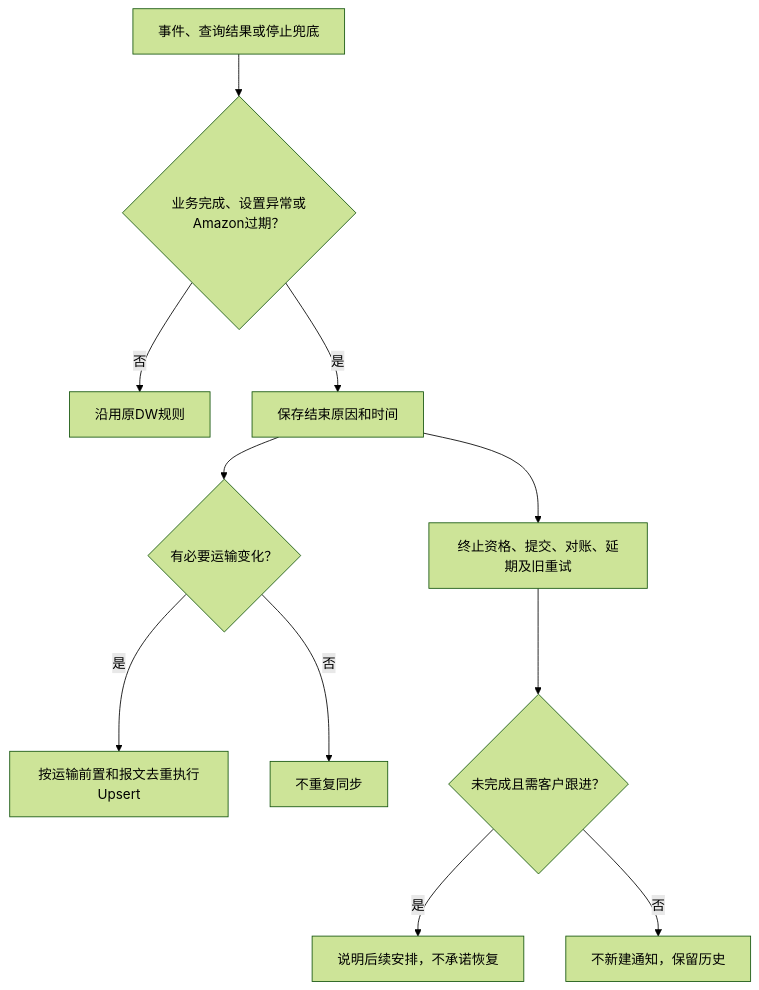
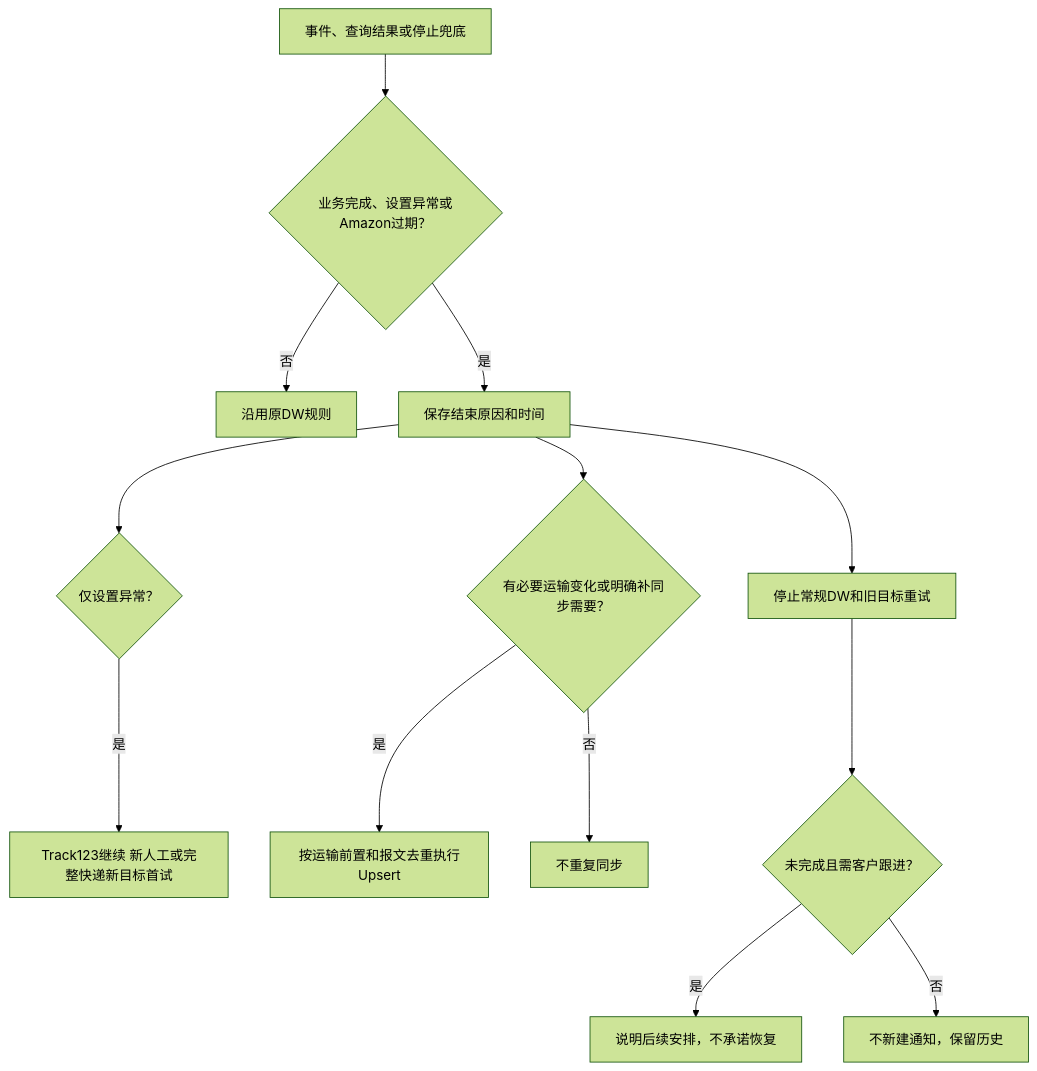
The tenth of 16 diagrams in 0-产品经理使用IDE/drafts/Amazon管理/Amazon管理产品方案.md (zhangwen960722/luna-daily), drawn with Mermaid (forest theme) before and after one commit. The commit also changed other lines of this file and 8 other files, not shown here.

````diff
--- a/0-产品经理使用IDE/drafts/Amazon管理/Amazon管理产品方案.md
+++ b/0-产品经理使用IDE/drafts/Amazon管理/Amazon管理产品方案.md
@@ -522,13 +573,15 @@
 ```mermaid
 flowchart TB
     A["事件、查询结果或停止兜底"] --> B{"业务完成、设置异常或Amazon过期？"}
     B -->|否| C["沿用原DW规则"]
     B -->|是| D["保存结束原因和时间"]
-    D --> E["终止资格、提交、对账、延期及旧重试"]
-    D --> F{"有必要运输变化？"}
+    D --> E["停止常规DW和旧目标重试"]
+    D --> Q{"仅设置异常？"}
+    Q -->|是| R["Track123继续 新人工或完整快递新目标首试"]
+    D --> F{"有必要运输变化或明确补同步需要？"}
     F -->|是| G["按运输前置和报文去重执行Upsert"]
     F -->|否| H["不重复同步"]
     E --> I{"未完成且需客户跟进？"}
     I -->|是| J["说明后续安排，不承诺恢复"]
     I -->|否| K["不新建通知，保留历史"]
 ```
````
